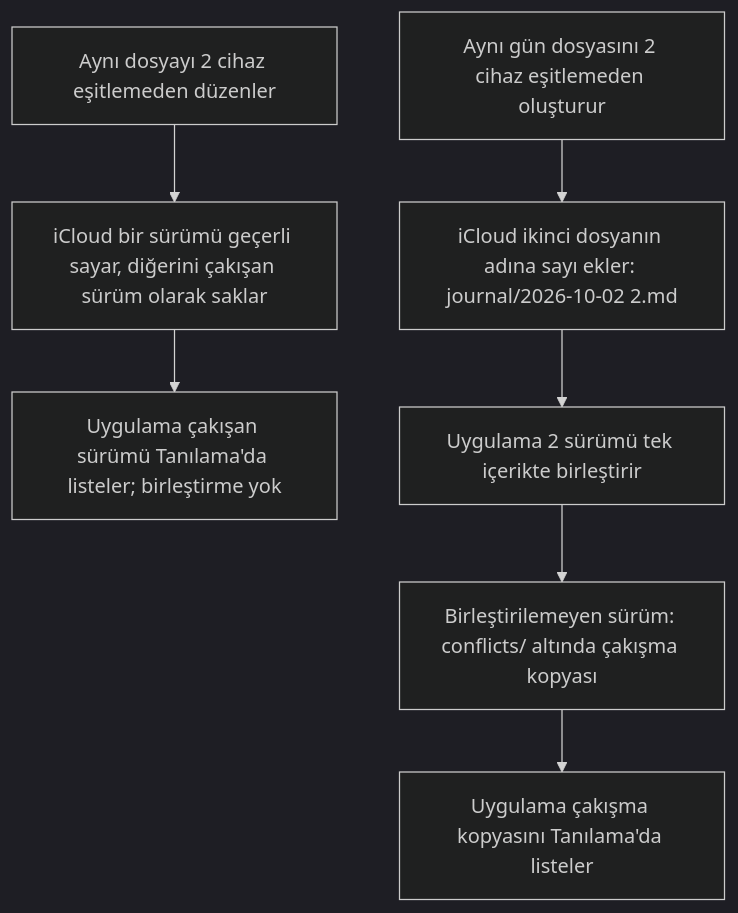
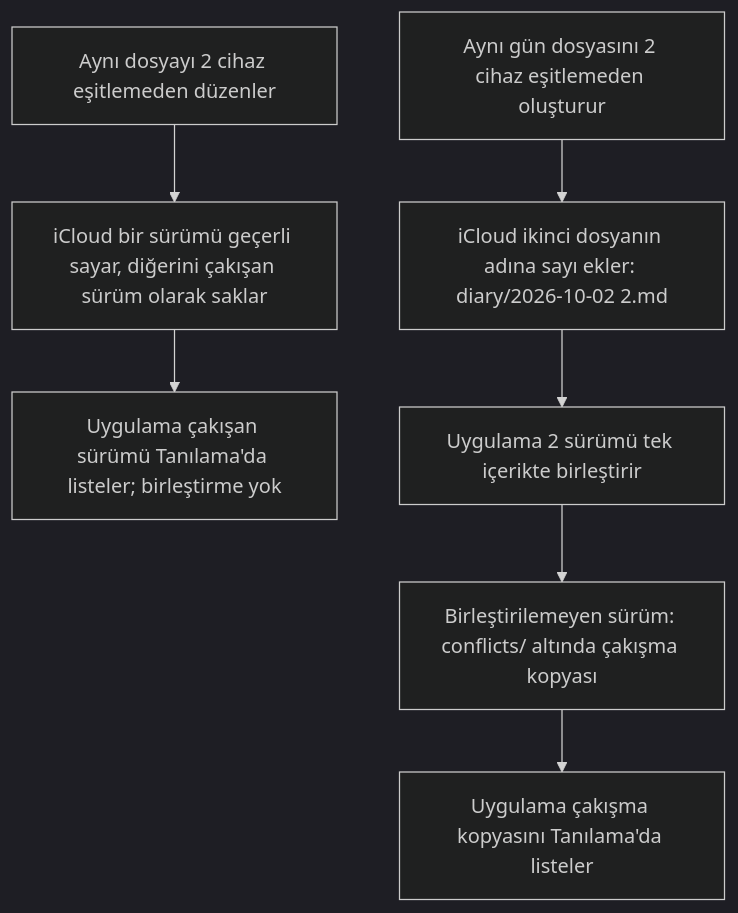
One commit to dogancanyildiz/kenet changed diagram 18 of 23 in docs/vault-format.md. Above: the diagram before and after it, drawn with Mermaid (dark theme). The commit also changed other lines of this file and 1289 other files, not shown here.

First line of the commit message:
chore: Journal adı kalkar; Günlük Diary, kasa diary/ (#400)

````diff
--- a/docs/vault-format.md
+++ b/docs/vault-format.md
@@ -1666,9 +1751,9 @@
 ```mermaid
 flowchart TD
   A["Aynı dosyayı 2 cihaz eşitlemeden düzenler"] --> A1["iCloud bir sürümü geçerli sayar, diğerini çakışan sürüm olarak saklar"]
   A1 --> T["Uygulama çakışan sürümü Tanılama'da listeler; birleştirme yok"]
-  B["Aynı gün dosyasını 2 cihaz eşitlemeden oluşturur"] --> B1["iCloud ikinci dosyanın adına sayı ekler: journal/2026-10-02 2.md"]
+  B["Aynı gün dosyasını 2 cihaz eşitlemeden oluşturur"] --> B1["iCloud ikinci dosyanın adına sayı ekler: diary/2026-10-02 2.md"]
   B1 --> M["Uygulama 2 sürümü tek içerikte birleştirir"]
   M --> C["Birleştirilemeyen sürüm: conflicts/ altında çakışma kopyası"]
   C --> L["Uygulama çakışma kopyasını Tanılama'da listeler"]
 ```
````
